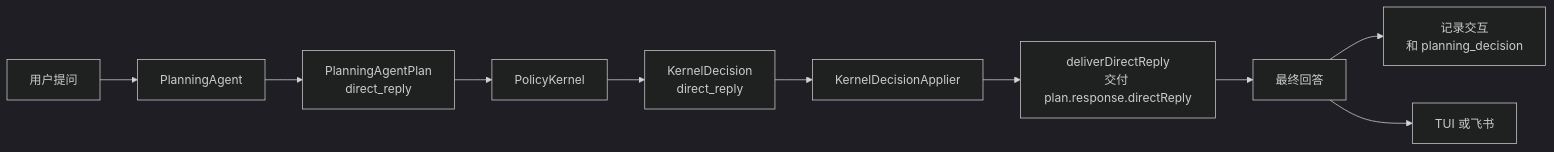
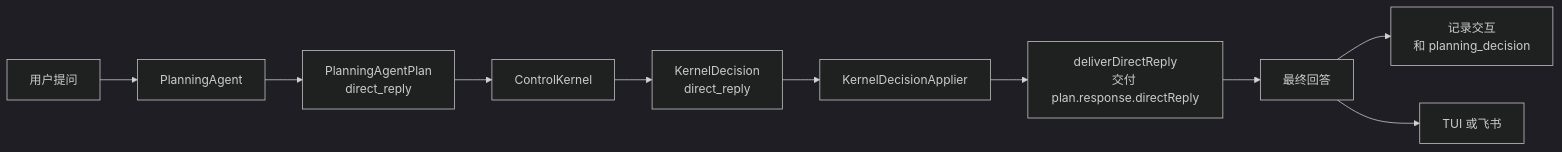
The second of 4 diagrams in docs/current/technical-overview.zh-CN.md (IFOSR/metawork), drawn with Mermaid (dark theme) before and after one commit. The commit also changed other lines of this file and 132 other files, not shown here.

````diff
--- a/docs/current/technical-overview.zh-CN.md
+++ b/docs/current/technical-overview.zh-CN.md
@@ -77,12 +77,12 @@
 ```mermaid
 flowchart LR
   Input[用户提问] --> Planning[PlanningAgent]
   Planning --> Plan[PlanningAgentPlan<br/>direct_reply]
-  Plan --> Kernel[PolicyKernel]
+  Plan --> Kernel[ControlKernel]
   Kernel --> Decision[KernelDecision<br/>direct_reply]
   Decision --> Runtime[KernelDecisionApplier]
   Runtime --> Deliver[deliverDirectReply<br/>交付 plan.response.directReply]
   Deliver --> Answer[最终回答]
   Answer --> Persist[记录交互<br/>和 planning_decision]
   Answer --> UI[TUI 或飞书]
 ```
````
